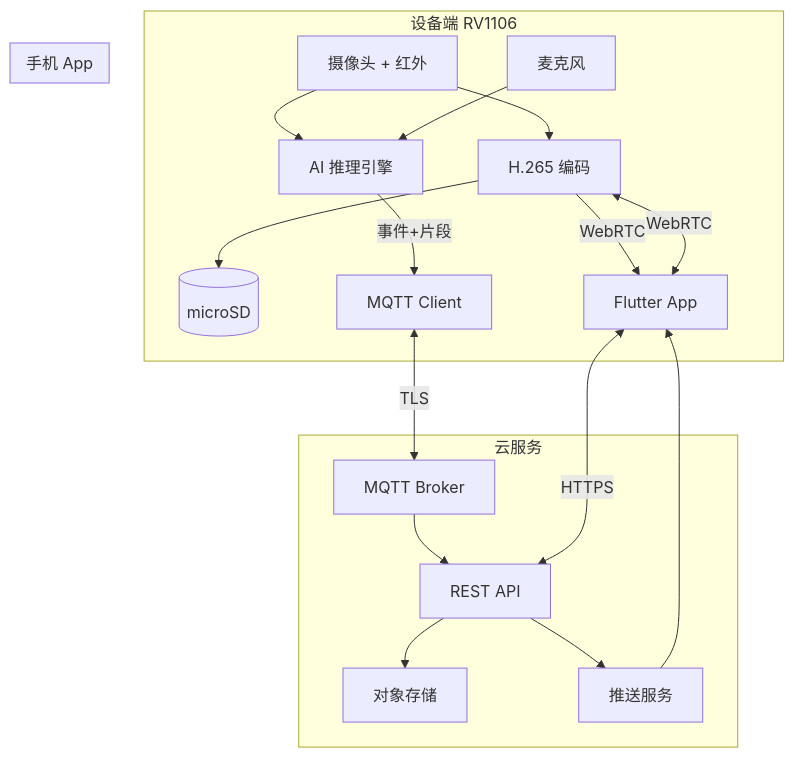
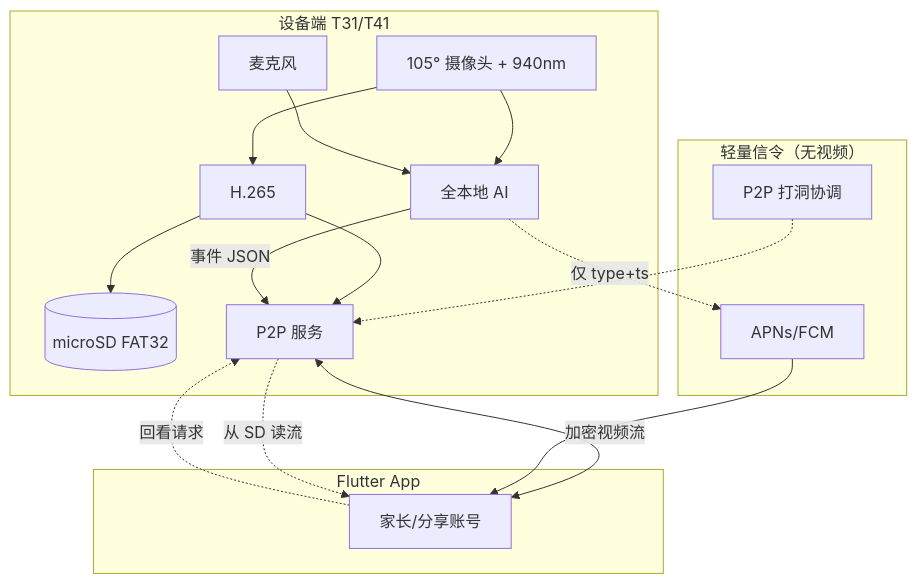
The diagram in docs/ARCHITECTURE.md (vicolj/aicamera), drawn with Mermaid before and after one commit. The commit also changed other lines of this file and 4 other files, not shown here.

````diff
--- a/docs/ARCHITECTURE.md
+++ b/docs/ARCHITECTURE.md
@@ -7,37 +7,34 @@
 ```mermaid
 flowchart TB
-    subgraph Device["设备端 RV1106"]
-        CAM[摄像头 + 红外]
+    subgraph Device["设备端 T31/T41"]
+        CAM[105° 摄像头 + 940nm]
         MIC[麦克风]
-        AI[AI 推理引擎]
-        VENC[H.265 编码]
-        SD[(microSD)]
-        MQTT_C[MQTT Client]
+        AI[全本地 AI]
+        VENC[H.265]
+        SD[(microSD FAT32)]
+        P2P[P2P 服务]
 
         CAM --> VENC
         CAM --> AI
         MIC --> AI
         VENC --> SD
-        AI -->|事件+片段| MQTT_C
-        VENC -->|WebRTC| APP
+        VENC --> P2P
+        AI -->|事件 JSON| P2P
     end
 
-    subgraph Cloud["云服务"]
-        EMQX[MQTT Broker]
-        API[REST API]
-        OSS[对象存储]
-        PUSH[推送服务]
+    subgraph Signal["轻量信令（无视频）"]
+        PUSH[APNs/FCM]
+        NAT[P2P 打洞协调]
     end
 
-    subgraph Client["手机 App"]
-        APP[Flutter App]
+    subgraph Client["Flutter App"]
+        APP[家长/分享账号]
     end
 
-    MQTT_C <-->|TLS| EMQX
-    EMQX --> API
-    API --> PUSH
-    API --> OSS
-    APP <-->|HTTPS| API
-    APP <-->|WebRTC| VENC
+    P2P <-->|加密视频流| APP
+    AI -.->|仅 type+ts| PUSH
     PUSH --> APP
+    NAT -.-> P2P
+    APP -.->|回看请求| P2P
+    P2P -.->|从 SD 读流| APP
 ```
````
